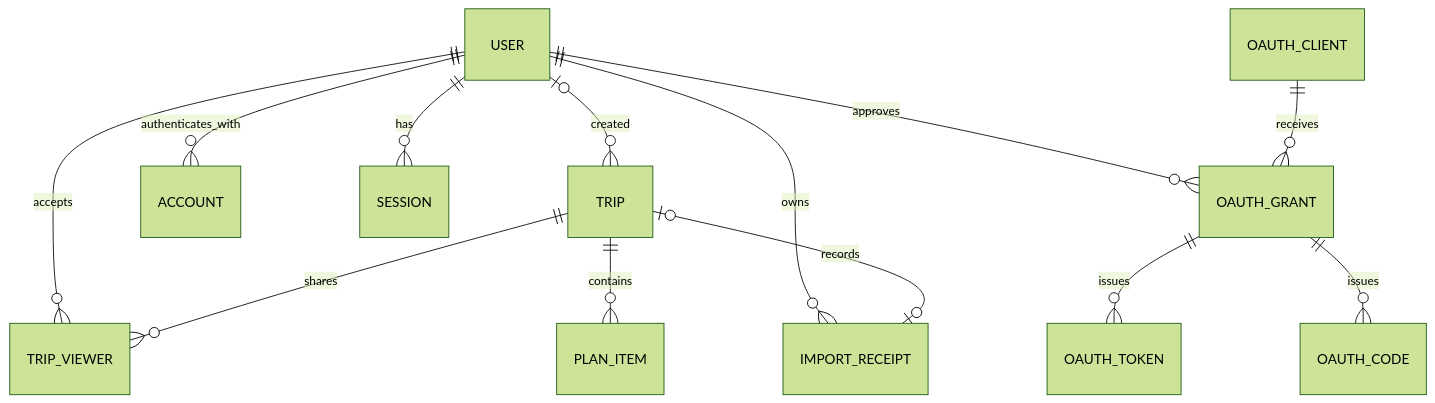
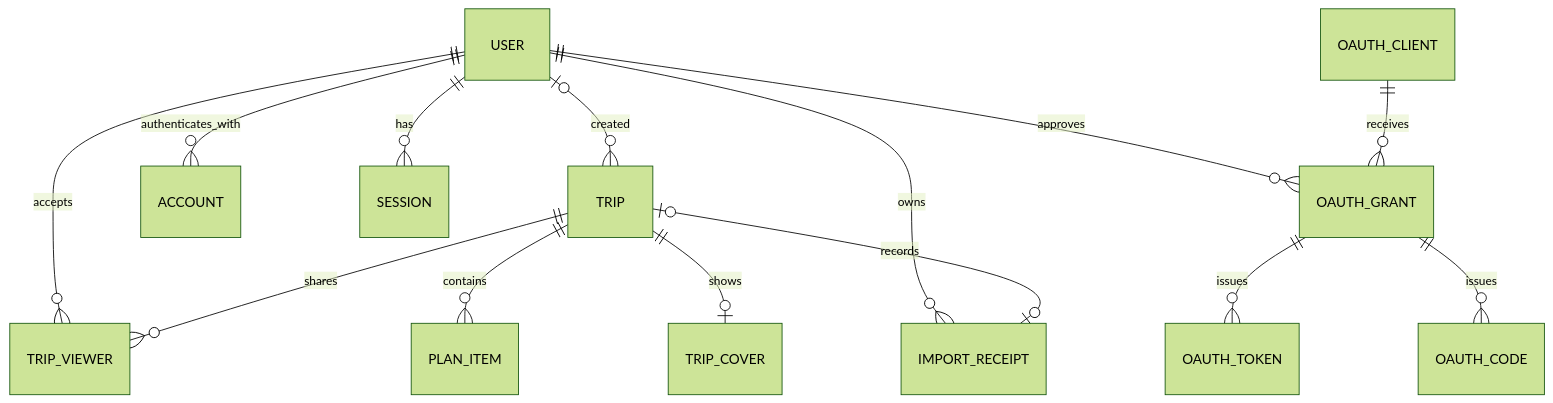
The third of 3 diagrams in docs/design/technical-design.md (Link-lin/FieldNotes), drawn with Mermaid (forest theme) before and after one commit. The commit also changed other lines of this file and 41 other files, not shown here.

First line of the commit message:
Give a trip a cover image on its card and page

````diff
--- a/docs/design/technical-design.md
+++ b/docs/design/technical-design.md
@@ -153,15 +153,16 @@
 ```mermaid
 erDiagram
     USER o|--o{ TRIP : created
     USER ||--o{ ACCOUNT : authenticates_with
     USER ||--o{ SESSION : has
     USER ||--o{ TRIP_VIEWER : accepts
     TRIP ||--o{ TRIP_VIEWER : shares
     TRIP ||--o{ PLAN_ITEM : contains
+    TRIP ||--o| TRIP_COVER : shows
     USER ||--o{ IMPORT_RECEIPT : owns
     TRIP o|--o| IMPORT_RECEIPT : records
     USER ||--o{ OAUTH_GRANT : approves
     OAUTH_CLIENT ||--o{ OAUTH_GRANT : receives
     OAUTH_GRANT ||--o{ OAUTH_TOKEN : issues
     OAUTH_GRANT ||--o{ OAUTH_CODE : issues
 ```
````
